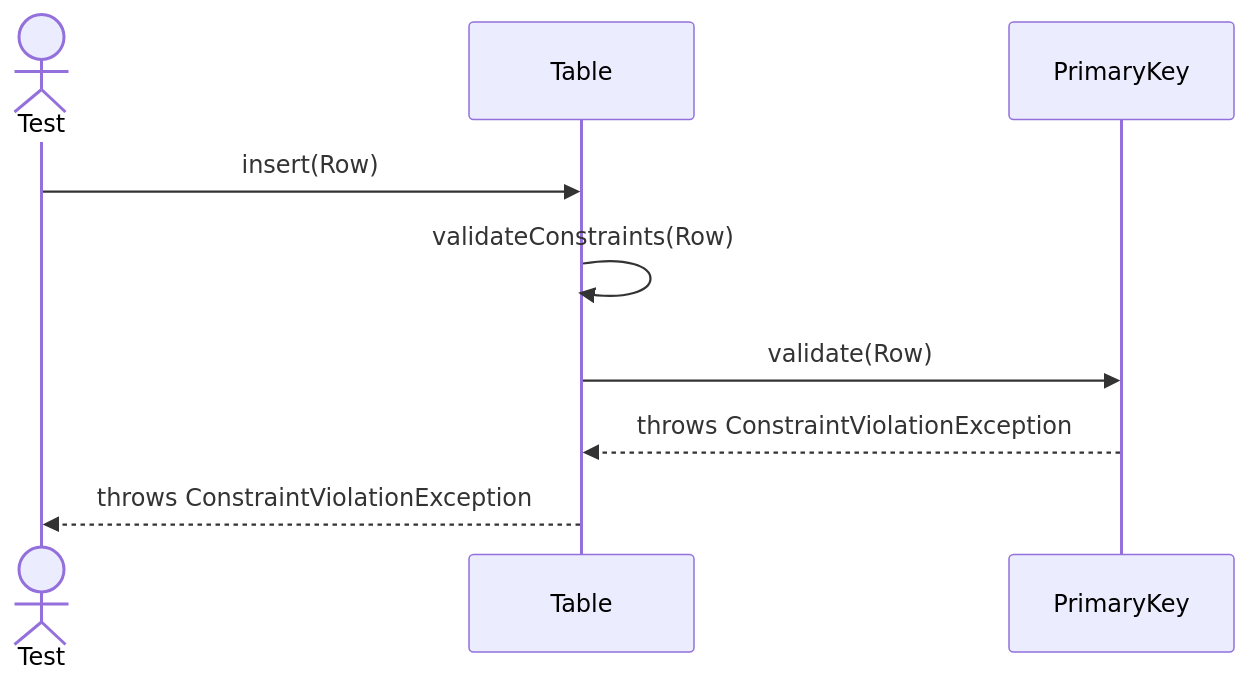
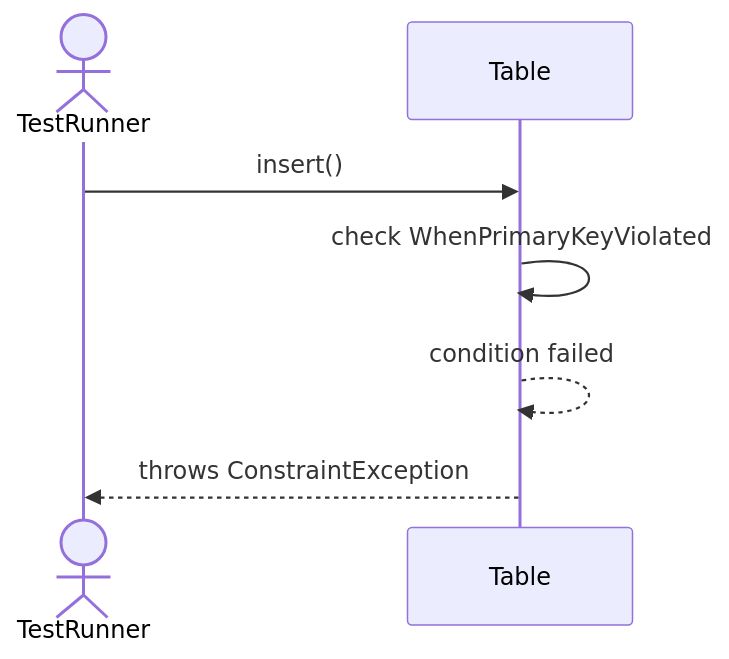
Before and after one commit to TamBui1706/DBMS: the second of 12 diagrams in Sequences/DatabaseObjectManagement/Table.md, drawn with Mermaid. The commit also changed other lines of this file and 63 other files, not shown here.

Commit message:
Draw sequence diagram for unit tests

````diff
--- a/Sequences/DatabaseObjectManagement/Table.md
+++ b/Sequences/DatabaseObjectManagement/Table.md
@@ -32,12 +36,9 @@
 ```mermaid
 sequenceDiagram
-    actor Test
+    actor TestRunner
     participant Table
-    participant PrimaryKey
-
-    Test->>Table: insert(Row)
-    Table->>Table: validateConstraints(Row)
-    Table->>PrimaryKey: validate(Row)
-    PrimaryKey-->>Table: throws ConstraintViolationException
-    Table-->>Test: throws ConstraintViolationException
+    TestRunner->>Table: insert()
+    Table->>Table: check WhenPrimaryKeyViolated
+    Table-->>Table: condition failed
+    Table-->>TestRunner: throws ConstraintException
 ```
````
